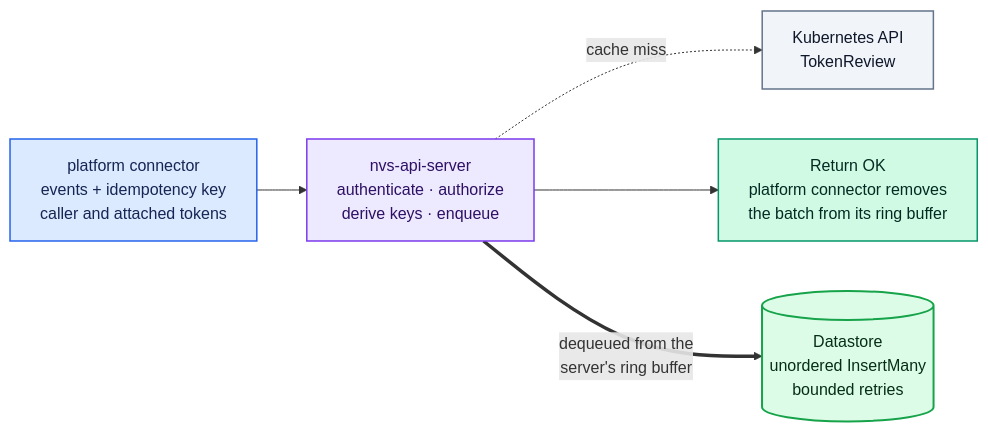
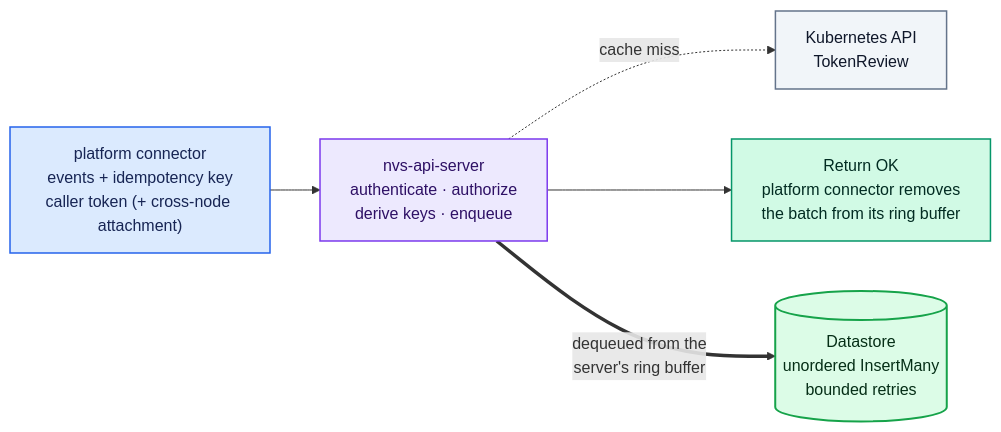
Before and after one commit to KaivalyaMDabhadkar/NVSentinel: the third of 9 diagrams in docs/designs/050-datastore-api-server.md, drawn with Mermaid. The commit also changed other lines of this file and 1 other file, not shown here.

````diff
--- a/docs/designs/050-datastore-api-server.md
+++ b/docs/designs/050-datastore-api-server.md
@@ -249,24 +430,24 @@
 ```mermaid
 flowchart LR
-    PC["platform connector<br/>events + idempotency key<br/>caller and attached tokens"]
+    PC["platform connector<br/>events + idempotency key<br/>caller token (+ cross-node attachment)"]
     API["nvs-api-server<br/>authenticate · authorize<br/>derive keys · enqueue"]
     K8S["Kubernetes API<br/>TokenReview"]
     ACK["Return OK<br/>platform connector removes<br/>the batch from its ring buffer"]
     DB[("Datastore<br/>unordered InsertMany<br/>bounded retries")]
 
     PC --> API
     API -. "cache miss" .-> K8S
     API --> ACK
     API == "dequeued from the<br/>server's ring buffer" ==> DB
 
     classDef client fill:#DBEAFE,stroke:#2563EB,color:#172554,stroke-width:1.5px
     classDef service fill:#EDE9FE,stroke:#7C3AED,color:#2E1065,stroke-width:1.5px
     classDef support fill:#F1F5F9,stroke:#64748B,color:#0F172A,stroke-width:1.5px
     classDef database fill:#DCFCE7,stroke:#16A34A,color:#052E16,stroke-width:2px
     classDef success fill:#D1FAE5,stroke:#059669,color:#022C22,stroke-width:1.5px
     class PC client
     class API service
     class K8S support
     class DB database
     class ACK success
 ```
````
